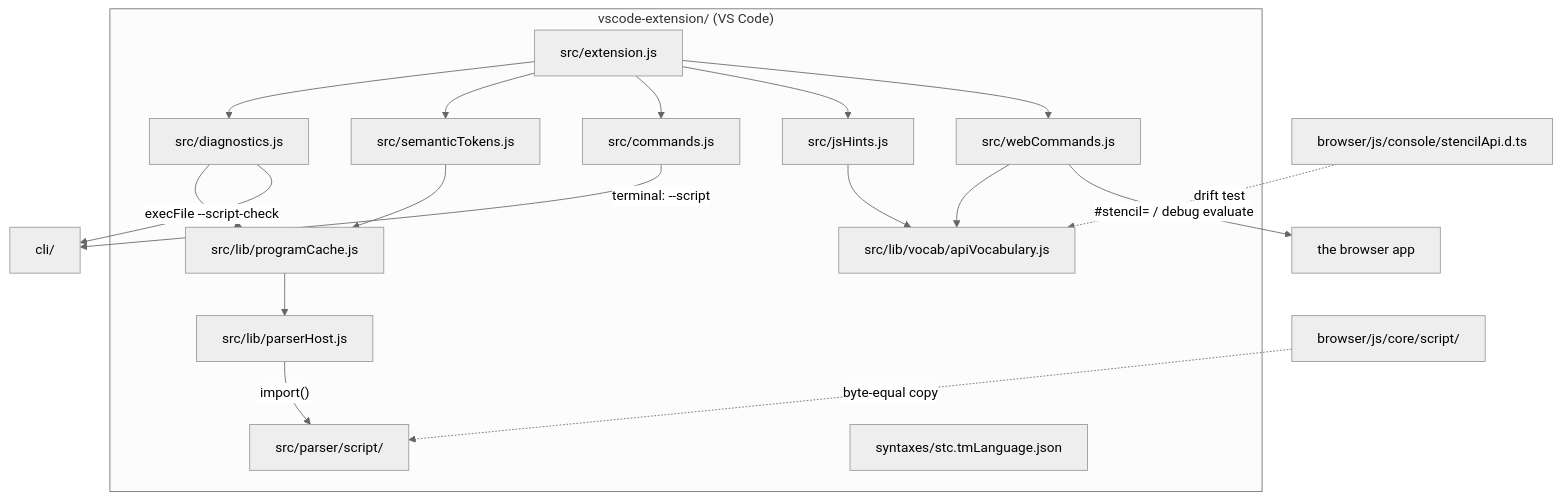
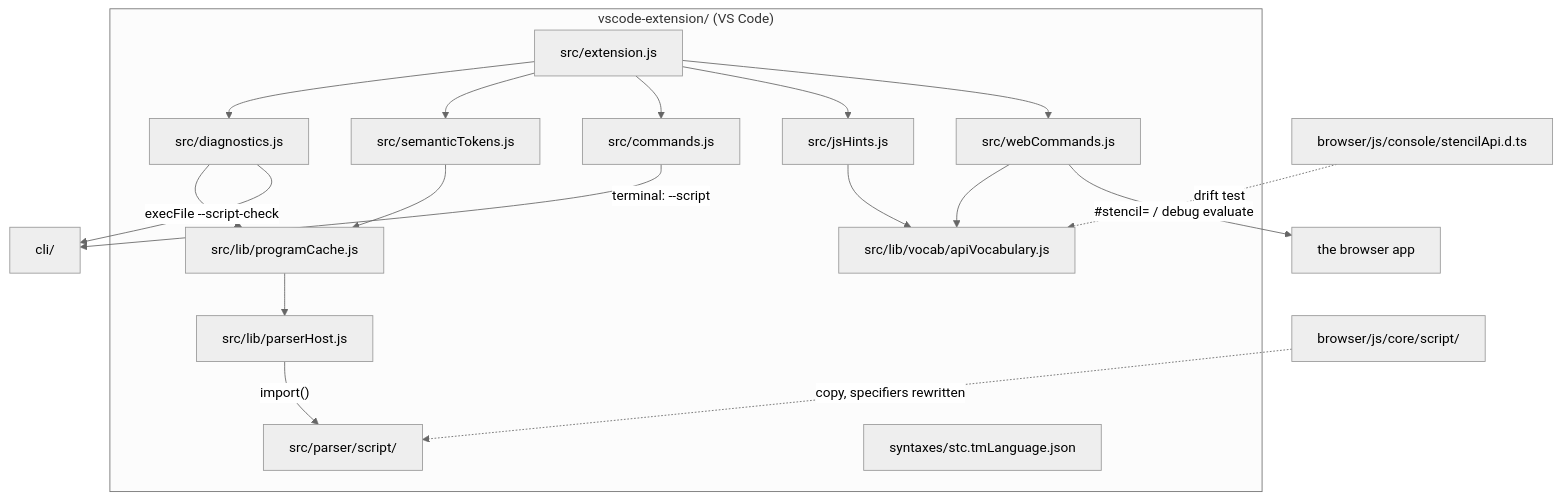
Before and after one commit to andrew1407/stencil: the first of 2 diagrams in vscode-extension/ARCHITECTURE.md, drawn with Mermaid (neutral theme). The commit also changed other lines of this file and 860 other files, not shown here.

````diff
--- a/vscode-extension/ARCHITECTURE.md
+++ b/vscode-extension/ARCHITECTURE.md
@@ -18,31 +18,31 @@
 ```mermaid
 graph TD
     subgraph VSC["vscode-extension/ (VS Code)"]
       ENTRY["src/extension.js"]
       DIAG["src/diagnostics.js"]
       SEM["src/semanticTokens.js"]
       CMD["src/commands.js"]
       WEB["src/webCommands.js"]
       HINTS["src/jsHints.js"]
       APIV["src/lib/vocab/apiVocabulary.js"]
       CACHE["src/lib/programCache.js"]
       HOST["src/lib/parserHost.js"]
       COPIES["src/parser/script/"]
       GRAM["syntaxes/stc.tmLanguage.json"]
     end
     SRC["browser/js/core/script/"]
     DTS["browser/js/console/stencilApi.d.ts"]
     CLI["cli/"]
     APP["the browser app"]
 
     ENTRY --> DIAG & SEM & CMD & HINTS & WEB
     DIAG & SEM --> CACHE
     CACHE --> HOST
     HINTS & WEB --> APIV
     HOST -->|"import()"| COPIES
-    SRC -.->|"byte-equal copy"| COPIES
+    SRC -.->|"copy, specifiers rewritten"| COPIES
     DTS -.->|"drift test"| APIV
     DIAG -->|"execFile --script-check"| CLI
     CMD -->|"terminal: --script"| CLI
     WEB -->|"#stencil= / debug evaluate"| APP
 ```
````
